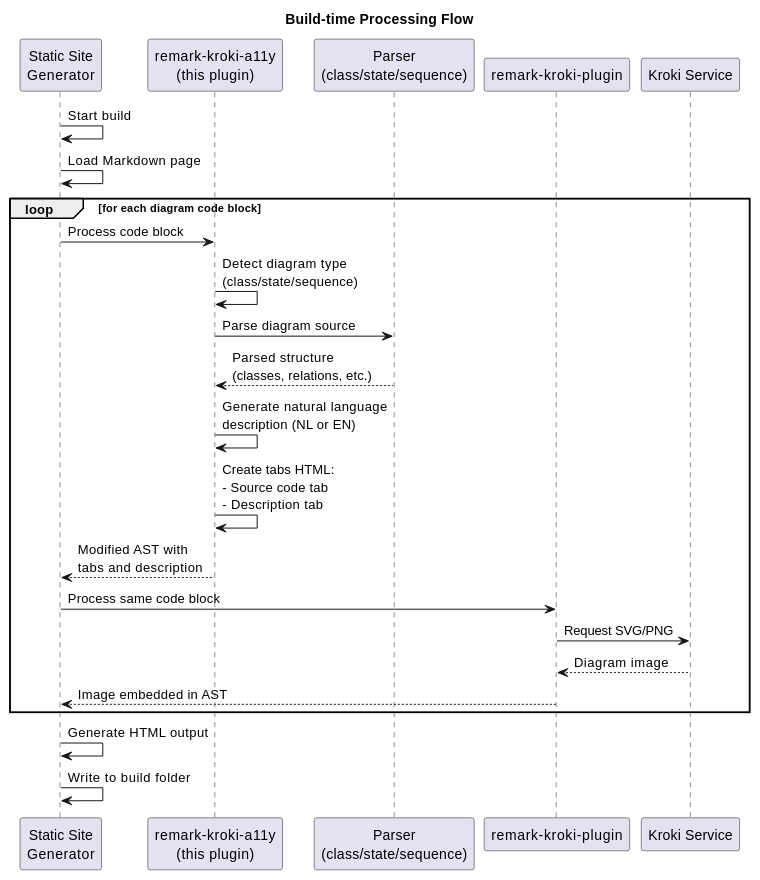
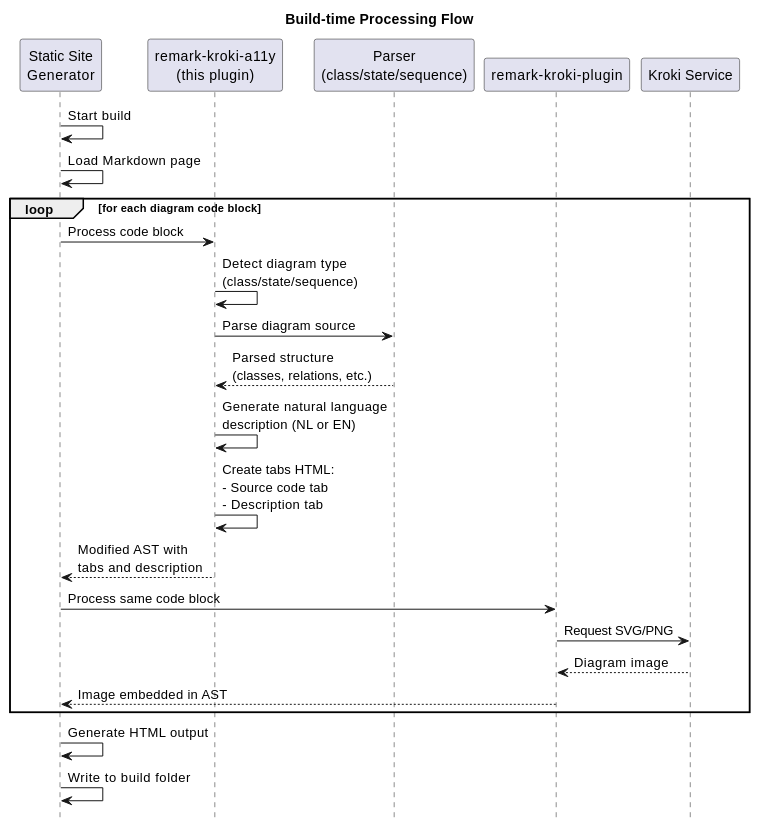
The second of 2 diagrams in test-docusaurus-site/docs/architecture/plugin-architecture.md (bartvanderwal/remark-kroki-a11y), drawn with PlantUML before and after one commit. The commit also changed 3 other files, not shown here.

```diff
--- a/test-docusaurus-site/docs/architecture/plugin-architecture.md
+++ b/test-docusaurus-site/docs/architecture/plugin-architecture.md
@@ -85,34 +85,35 @@
 @startuml
+hide footbox
 title Build-time Processing Flow
 
 participant "Static Site\nGenerator" as SSG
 participant "remark-kroki-a11y\n(this plugin)" as Plugin
 participant "Parser\n(class/state/sequence)" as Parser
 participant "remark-kroki-plugin" as KrokiPlugin
 participant "Kroki Service" as Kroki
 
 SSG -> SSG: Start build
 SSG -> SSG: Load Markdown page
 
 loop for each diagram code block
     SSG -> Plugin: Process code block
 
     Plugin -> Plugin: Detect diagram type\n(class/state/sequence)
     Plugin -> Parser: Parse diagram source
     Parser --> Plugin: Parsed structure\n(classes, relations, etc.)
 
     Plugin -> Plugin: Generate natural language\ndescription (NL or EN)
     Plugin -> Plugin: Create tabs HTML:\n- Source code tab\n- Description tab
 
     Plugin --> SSG: Modified AST with\ntabs and description
 
     SSG -> KrokiPlugin: Process same code block
     KrokiPlugin -> Kroki: Request SVG/PNG
     Kroki --> KrokiPlugin: Diagram image
     KrokiPlugin --> SSG: Image embedded in AST
 end
 
 SSG -> SSG: Generate HTML output
 SSG -> SSG: Write to build folder
 
 @enduml
```
